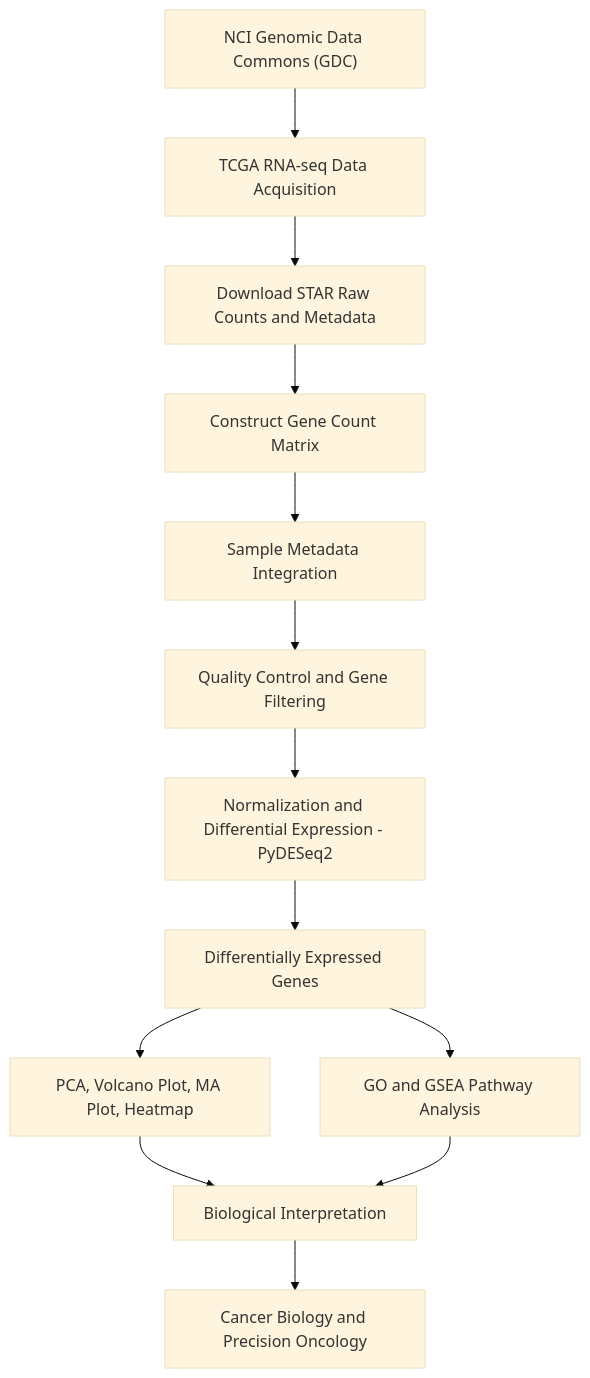
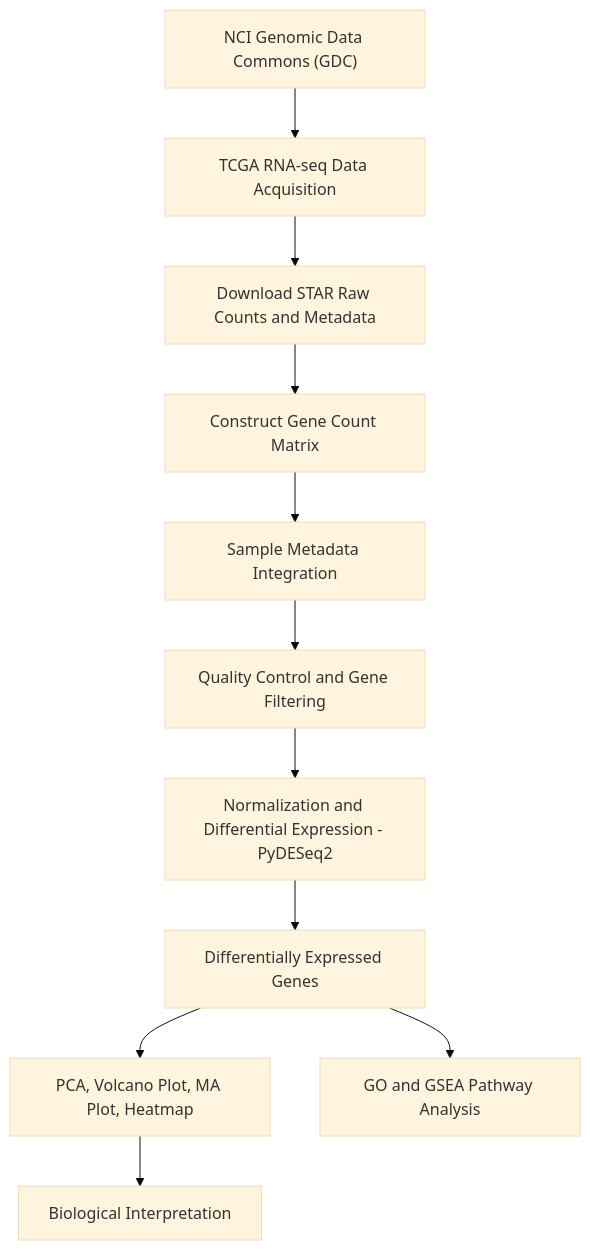
The diagram in README.md (olahassan000/TCGA-Glioblastoma-RNA-seq-Analysis-with-PyDESeq2---Python-), drawn with Mermaid (base theme) before and after one commit.

````diff
--- a/README.md
+++ b/README.md
@@ -32,15 +32,14 @@
 ```mermaid
 flowchart TD
     A["NCI Genomic Data Commons (GDC)"] --> B["TCGA RNA-seq Data Acquisition"]
     B --> C["Download STAR Raw Counts and Metadata"]
     C --> D["Construct Gene Count Matrix"]
     D --> E["Sample Metadata Integration"]
     E --> F["Quality Control and Gene Filtering"]
     F --> G["Normalization and Differential Expression - PyDESeq2"]
     G --> H["Differentially Expressed Genes"]
     H --> I["PCA, Volcano Plot, MA Plot, Heatmap"]
     H --> J["GO and GSEA Pathway Analysis"]
     I --> K["Biological Interpretation"]
-    J --> K
-    K --> L["Cancer Biology and Precision Oncology"]
+    
 ```
````
